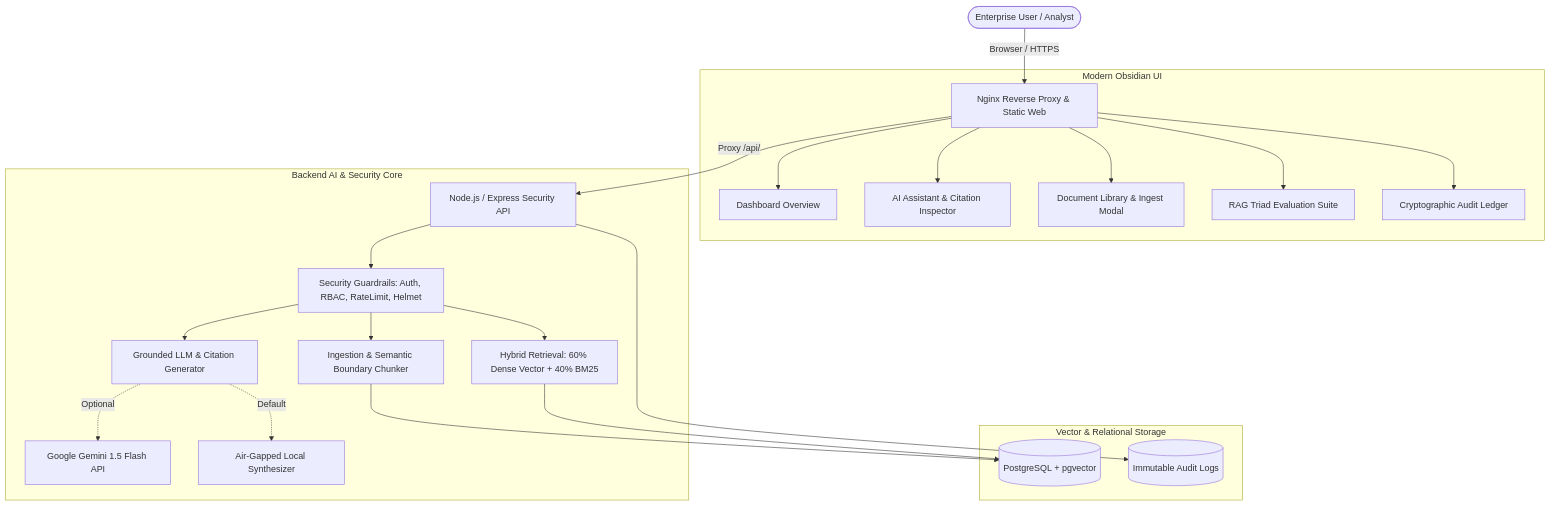
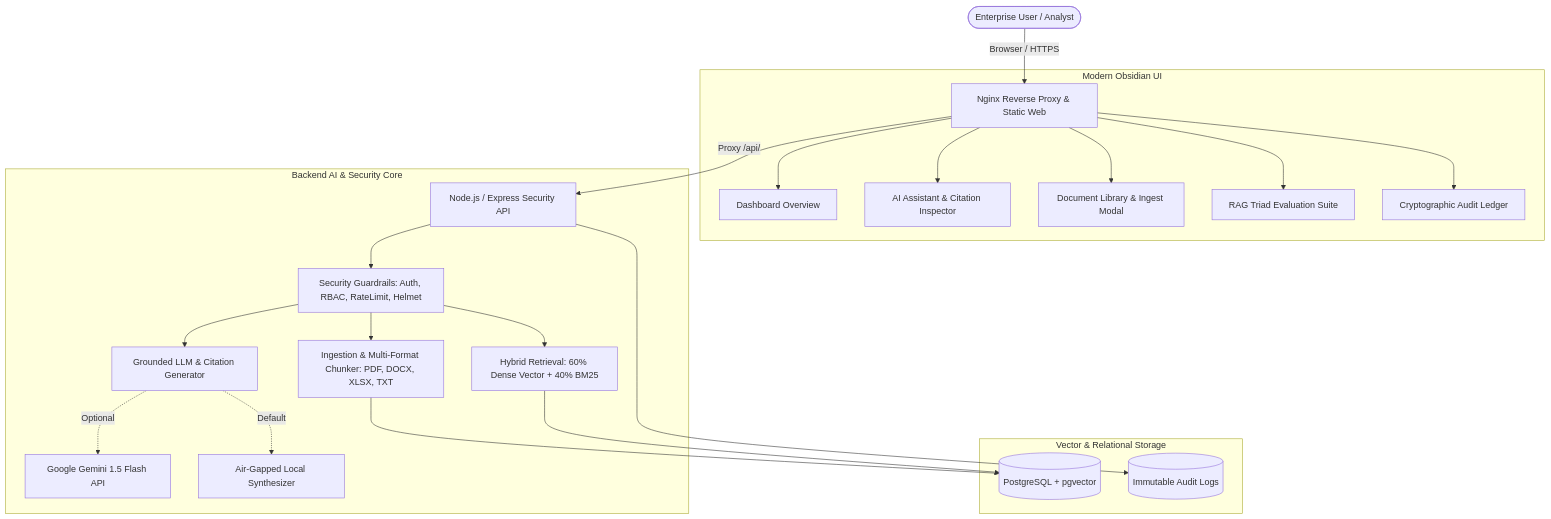
The diagram in README.md (ktilak12/Private-AI-Document-Intelligence), drawn with Mermaid before and after one commit. The commit also changed other lines of this file, not shown here.

Commit message:
docs(readme): update system architecture, REST API reference, and quickstart guide

````diff
--- a/README.md
+++ b/README.md
@@ -14,29 +14,29 @@
 ```mermaid
 flowchart TD
     User([Enterprise User / Analyst]) -->|Browser / HTTPS| Nginx[Nginx Reverse Proxy & Static Web]
     
     subgraph Frontend [Modern Obsidian UI]
         Nginx --> Dashboard[Dashboard Overview]
         Nginx --> Assistant[AI Assistant & Citation Inspector]
         Nginx --> Documents[Document Library & Ingest Modal]
         Nginx --> Evaluation[RAG Triad Evaluation Suite]
         Nginx --> Audit[Cryptographic Audit Ledger]
     end
 
     Nginx -->|Proxy /api/| Express[Node.js / Express Security API]
     
     subgraph Backend [Backend AI & Security Core]
         Express --> Security[Security Guardrails: Auth, RBAC, RateLimit, Helmet]
-        Security --> IngestService[Ingestion & Semantic Boundary Chunker]
+        Security --> IngestService[Ingestion & Multi-Format Chunker: PDF, DOCX, XLSX, TXT]
         Security --> RetrievalService[Hybrid Retrieval: 60% Dense Vector + 40% BM25]
         Security --> LlmService[Grounded LLM & Citation Generator]
         LlmService -.->|Optional| GeminiAPI[Google Gemini 1.5 Flash API]
         LlmService -.->|Default| AirgapLLM[Air-Gapped Local Synthesizer]
     end
 
     subgraph DataStore [Vector & Relational Storage]
         IngestService --> PGVector[(PostgreSQL + pgvector)]
         RetrievalService --> PGVector
         Express --> AuditStore[(Immutable Audit Logs)]
     end
 ```
````
